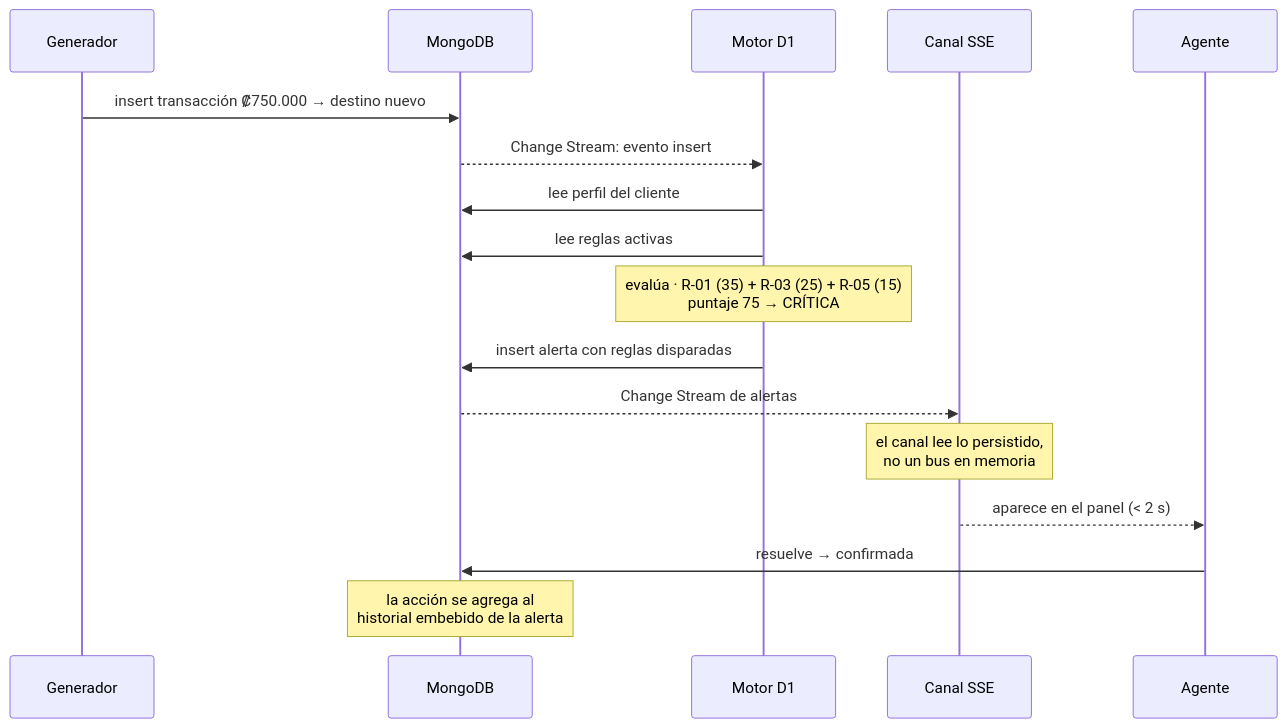
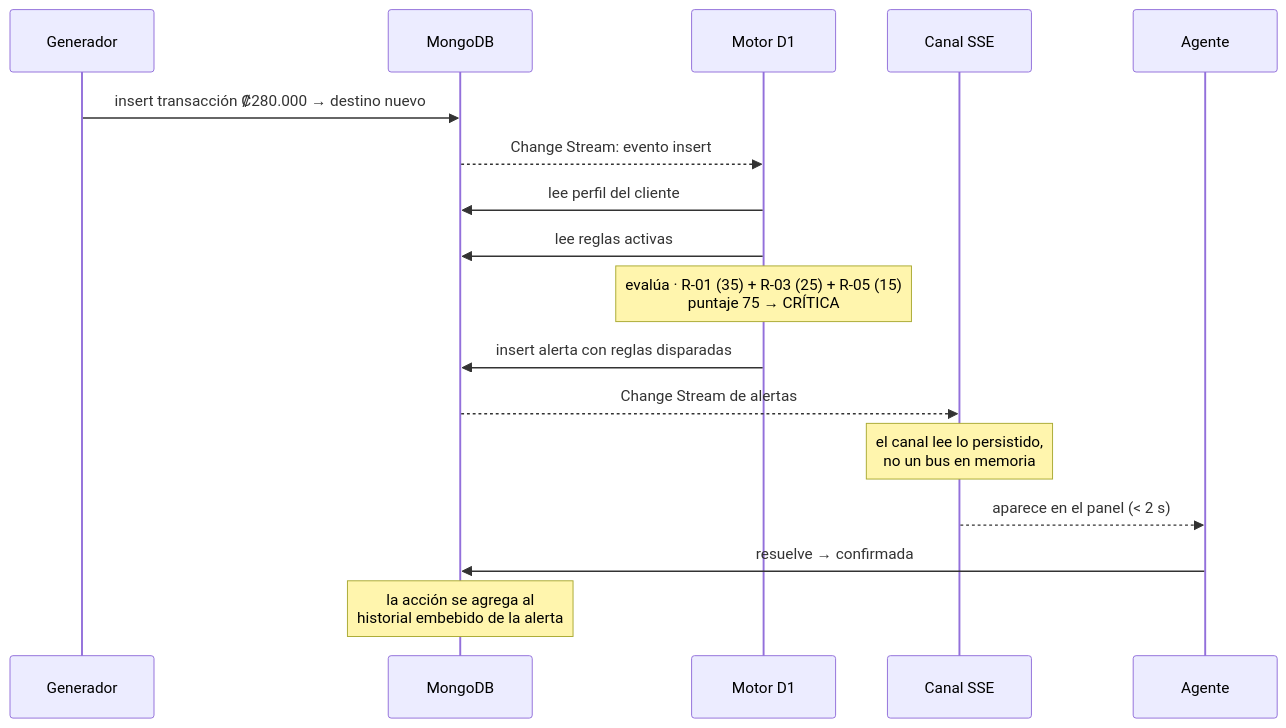
Before and after one commit to handelenriquezacuna/centinela: the third of 11 diagrams in docs/04-arquitectura.md, drawn with Mermaid. The commit also changed 14 other files, not shown here.

````diff
--- a/docs/04-arquitectura.md
+++ b/docs/04-arquitectura.md
@@ -90,20 +90,20 @@
 ```mermaid
 sequenceDiagram
     participant G as Generador
     participant DB as MongoDB
     participant D1 as Motor D1
     participant WS as Canal SSE
     participant AG as Agente
 
-    G->>DB: insert transacción ₡750.000 → destino nuevo
+    G->>DB: insert transacción ₡280.000 → destino nuevo
     DB-->>D1: Change Stream: evento insert
     D1->>DB: lee perfil del cliente
     D1->>DB: lee reglas activas
     Note over D1: evalúa · R-01 (35) + R-03 (25) + R-05 (15)<br/>puntaje 75 → CRÍTICA
     D1->>DB: insert alerta con reglas disparadas
     DB-->>WS: Change Stream de alertas
     Note over WS: el canal lee lo persistido,<br/>no un bus en memoria
     WS-->>AG: aparece en el panel (< 2 s)
     AG->>DB: resuelve → confirmada
     Note over DB: la acción se agrega al<br/>historial embebido de la alerta
 ```
````
